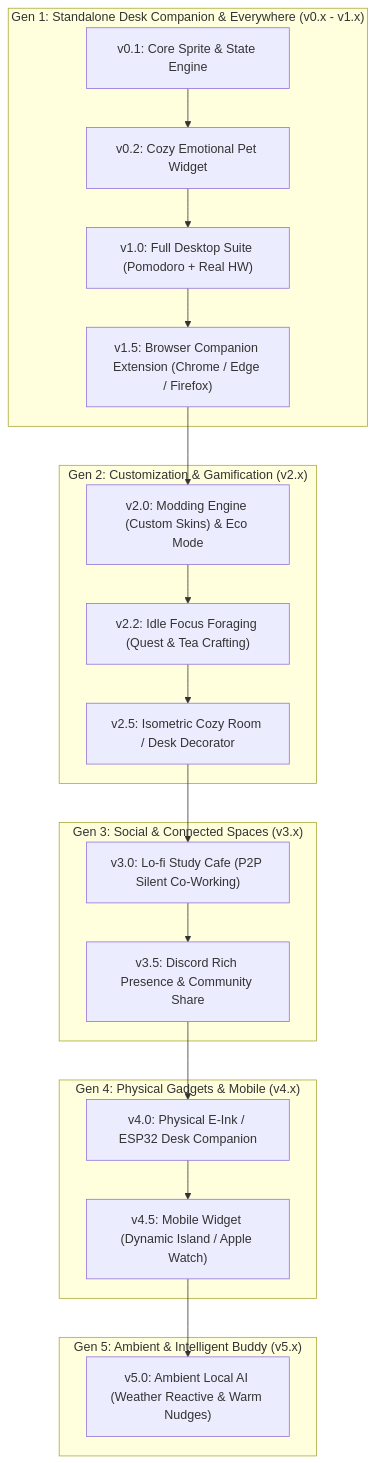
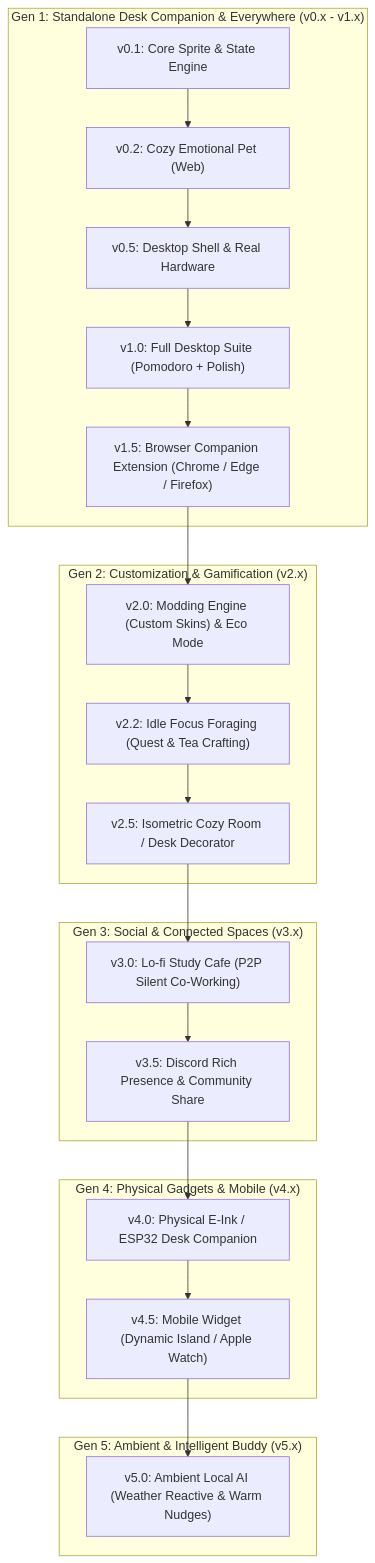
Before and after one commit to vavinon/lofi-bun-companion: the diagram in non-docs/specs/version-roadmap.md, drawn with Mermaid. The commit also changed other lines of this file and 4 other files, not shown here.

Commit message:
docs: update roadmap with v0.5 stepping stone, refine v0.1 task plan, and sync devlogs

````diff
--- a/non-docs/specs/version-roadmap.md
+++ b/non-docs/specs/version-roadmap.md
@@ -14,28 +14,29 @@
 ```mermaid
 graph TD
     subgraph Gen1["Gen 1: Standalone Desk Companion & Everywhere (v0.x - v1.x)"]
-        v01["v0.1: Core Sprite & State Engine"] --> v02["v0.2: Cozy Emotional Pet Widget"]
-        v02 --> v10["v1.0: Full Desktop Suite (Pomodoro + Real HW)"]
+        v01["v0.1: Core Sprite & State Engine"] --> v02["v0.2: Cozy Emotional Pet (Web)"]
+        v02 --> v05["v0.5: Desktop Shell & Real Hardware"]
+        v05 --> v10["v1.0: Full Desktop Suite (Pomodoro + Polish)"]
         v10 --> v15["v1.5: Browser Companion Extension (Chrome / Edge / Firefox)"]
     end
 
     subgraph Gen2["Gen 2: Customization & Gamification (v2.x)"]
         v15 --> v20["v2.0: Modding Engine (Custom Skins) & Eco Mode"]
         v20 --> v22["v2.2: Idle Focus Foraging (Quest & Tea Crafting)"]
         v22 --> v25["v2.5: Isometric Cozy Room / Desk Decorator"]
     end
 
     subgraph Gen3["Gen 3: Social & Connected Spaces (v3.x)"]
         v25 --> v30["v3.0: Lo-fi Study Cafe (P2P Silent Co-Working)"]
         v30 --> v35["v3.5: Discord Rich Presence & Community Share"]
     end
 
     subgraph Gen4["Gen 4: Physical Gadgets & Mobile (v4.x)"]
         v35 --> v40["v4.0: Physical E-Ink / ESP32 Desk Companion"]
         v40 --> v45["v4.5: Mobile Widget (Dynamic Island / Apple Watch)"]
     end
 
     subgraph Gen5["Gen 5: Ambient & Intelligent Buddy (v5.x)"]
         v45 --> v50["v5.0: Ambient Local AI (Weather Reactive & Warm Nudges)"]
     end
 ```
````
